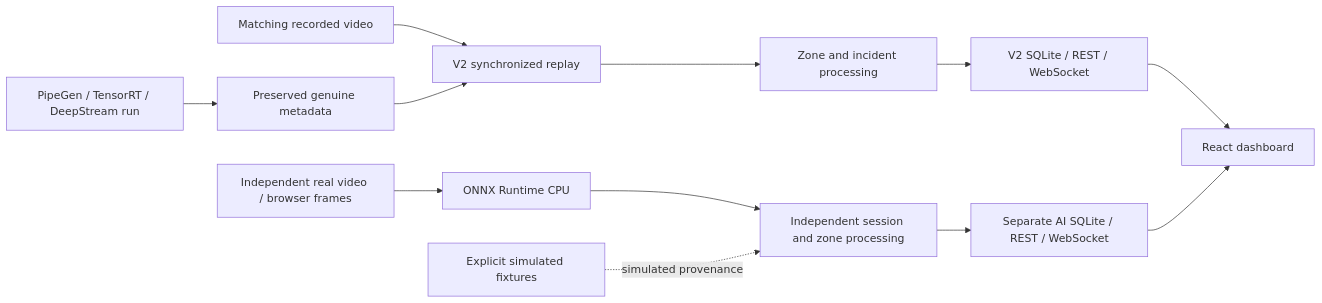
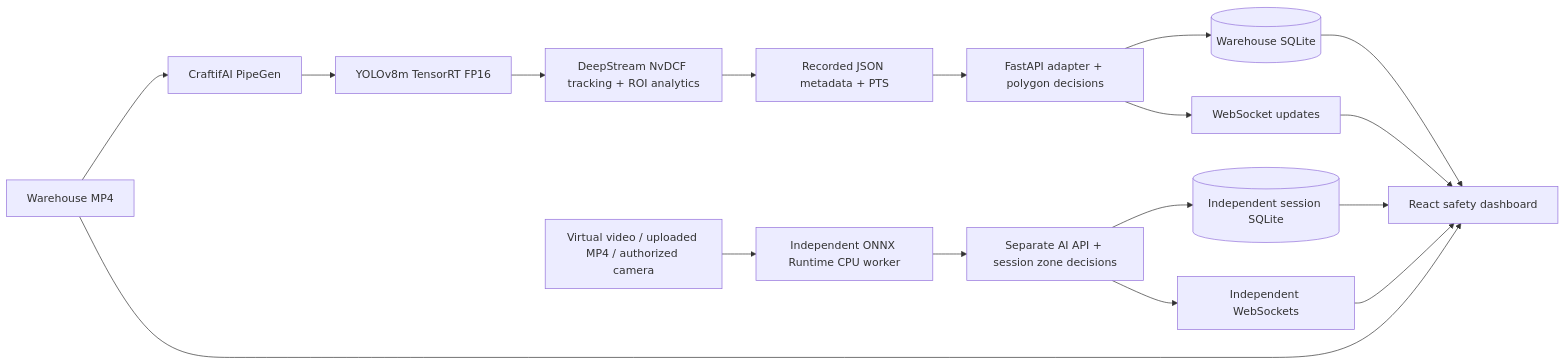
Before and after one commit to akilanpl/CraftifAIHackathon_CRA004: the diagram in README.md, drawn with Mermaid. The commit also changed other lines of this file and 68 other files, not shown here.

````diff
--- a/README.md
+++ b/README.md
@@ -96,14 +26,19 @@
 ```mermaid
 flowchart LR
-    P[PipeGen / TensorRT / DeepStream run] --> M[Preserved genuine metadata]
-    V[Matching recorded video] --> R[V2 synchronized replay]
-    M --> R
-    R --> Z[Zone and incident processing]
-    F[Independent real video / browser frames] --> O[ONNX Runtime CPU]
-    O --> I[Independent session and zone processing]
-    S[Explicit simulated fixtures] -. simulated provenance .-> I
-    Z --> D[V2 SQLite / REST / WebSocket]
-    I --> A[Separate AI SQLite / REST / WebSocket]
-    D --> U[React dashboard]
-    A --> U
+  V[Warehouse MP4] --> P[CraftifAI PipeGen]
+  P --> T[YOLOv8m TensorRT FP16]
+  T --> D[DeepStream NvDCF tracking + ROI analytics]
+  D --> J[Recorded JSON metadata + PTS]
+  J --> F[FastAPI adapter + polygon decisions]
+  F --> S[(Warehouse SQLite)]
+  F --> W[WebSocket updates]
+  W --> R[React safety dashboard]
+  V --> R
+  S --> R
+  U[Virtual video / uploaded MP4 / authorized camera] --> O[Independent ONNX Runtime CPU worker]
+  O --> A[Separate AI API + session zone decisions]
+  A --> Q[(Independent session SQLite)]
+  A --> X[Independent WebSockets]
+  X --> R
+  Q --> R
 ```
````
